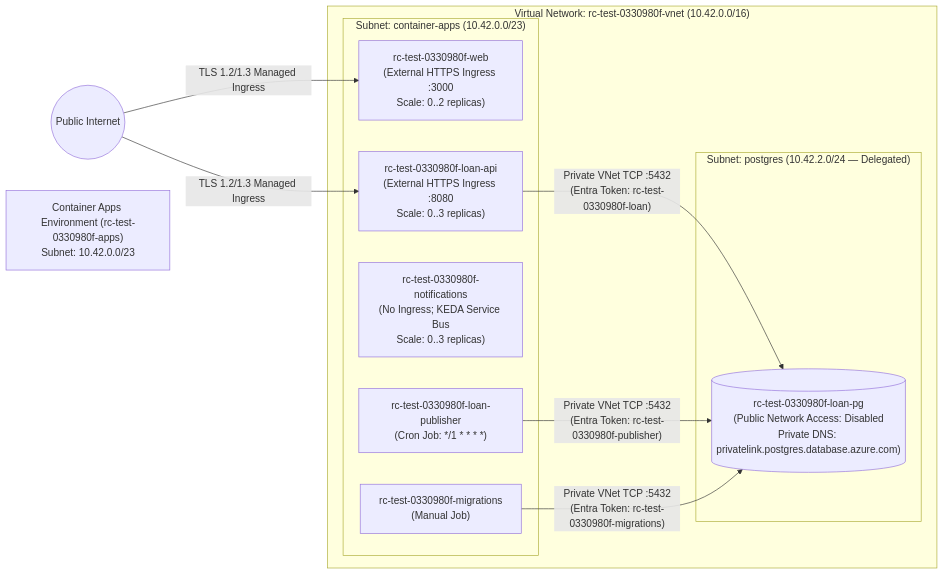
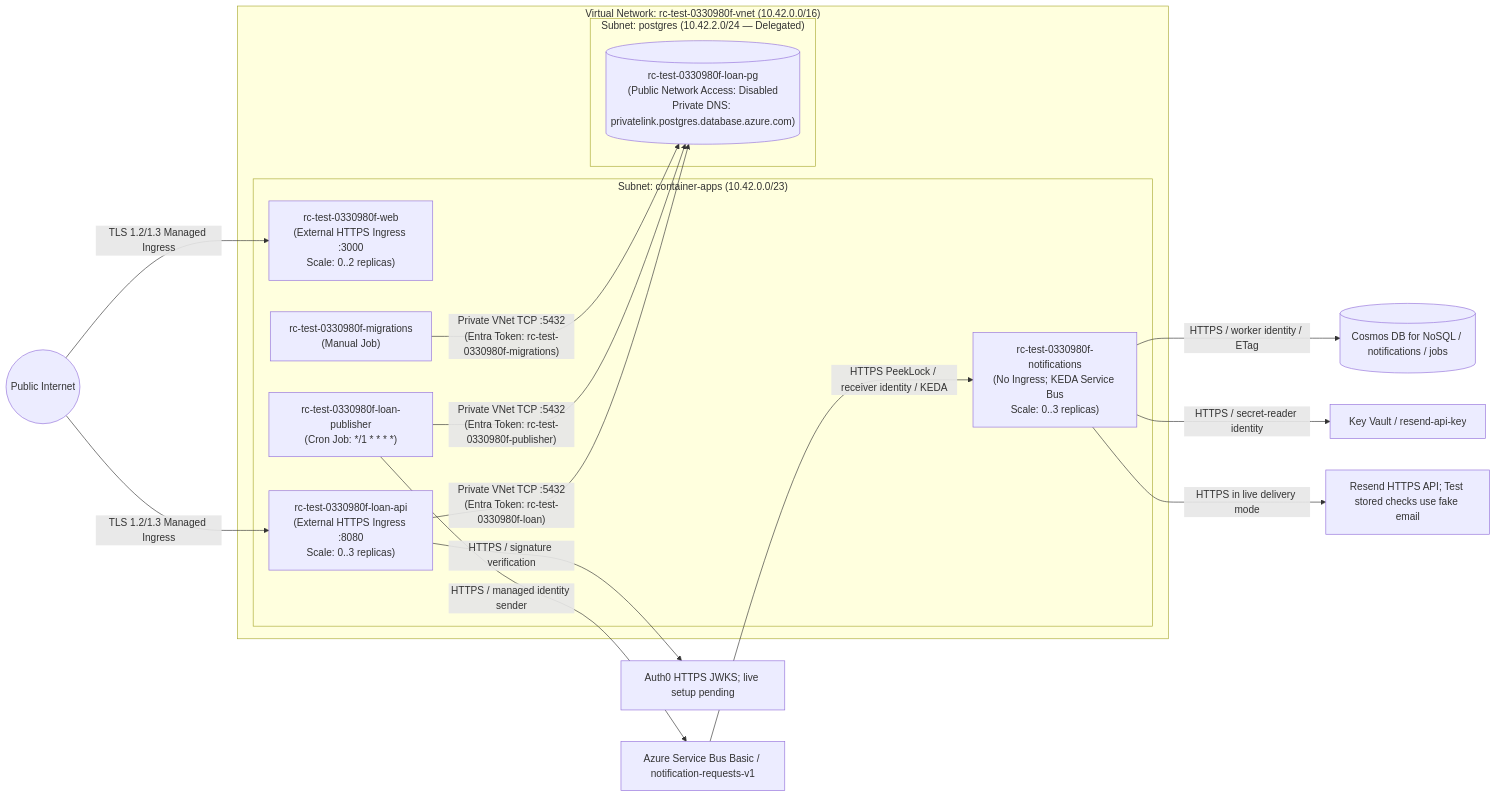
Before and after one commit to TeesideCoderProMax/resource.center: the third of 3 diagrams in docs/cloud/assessment-evidence.md, drawn with Mermaid. The commit also changed other lines of this file and 16 other files, not shown here.

````diff
--- a/docs/cloud/assessment-evidence.md
+++ b/docs/cloud/assessment-evidence.md
@@ -93,25 +96,35 @@
 ```mermaid
 flowchart LR
     internet(("Public Internet"))
 
-    subgraphcae["Container Apps Environment (rc-test-0330980f-apps)\nSubnet: 10.42.0.0/23"]
     subgraph VNet["Virtual Network: rc-test-0330980f-vnet (10.42.0.0/16)"]
         subgraph CAE["Subnet: container-apps (10.42.0.0/23)"]
             web_app["rc-test-0330980f-web\n(External HTTPS Ingress :3000\nScale: 0..2 replicas)"]
             api_app["rc-test-0330980f-loan-api\n(External HTTPS Ingress :8080\nScale: 0..3 replicas)"]
             notif_app["rc-test-0330980f-notifications\n(No Ingress; KEDA Service Bus\nScale: 0..3 replicas)"]
             pub_job["rc-test-0330980f-loan-publisher\n(Cron Job: */1 * * * *)"]
             mig_job["rc-test-0330980f-migrations\n(Manual Job)"]
         end
 
         subgraph PGSubnet["Subnet: postgres (10.42.2.0/24 — Delegated)"]
             pg_srv[("rc-test-0330980f-loan-pg\n(Public Network Access: Disabled\nPrivate DNS: privatelink.postgres.database.azure.com)")]
         end
     end
 
     internet -->|"TLS 1.2/1.3 Managed Ingress"| web_app
     internet -->|"TLS 1.2/1.3 Managed Ingress"| api_app
     api_app -->|"Private VNet TCP :5432\n(Entra Token: rc-test-0330980f-loan)"| pg_srv
     pub_job -->|"Private VNet TCP :5432\n(Entra Token: rc-test-0330980f-publisher)"| pg_srv
     mig_job -->|"Private VNet TCP :5432\n(Entra Token: rc-test-0330980f-migrations)"| pg_srv
+    servicebus["Azure Service Bus Basic / notification-requests-v1"]
+    cosmos_jobs[("Cosmos DB for NoSQL / notifications / jobs")]
+    keyvault["Key Vault / resend-api-key"]
+    email["Resend HTTPS API; Test stored checks use fake email"]
+    identity["Auth0 HTTPS JWKS; live setup pending"]
+    pub_job -->|"HTTPS / managed identity sender"| servicebus
+    servicebus -->|"HTTPS PeekLock / receiver identity / KEDA"| notif_app
+    notif_app -->|"HTTPS / worker identity / ETag"| cosmos_jobs
+    notif_app -->|"HTTPS / secret-reader identity"| keyvault
+    notif_app -->|"HTTPS in live delivery mode"| email
+    api_app -->|"HTTPS / signature verification"| identity
 ```
````
